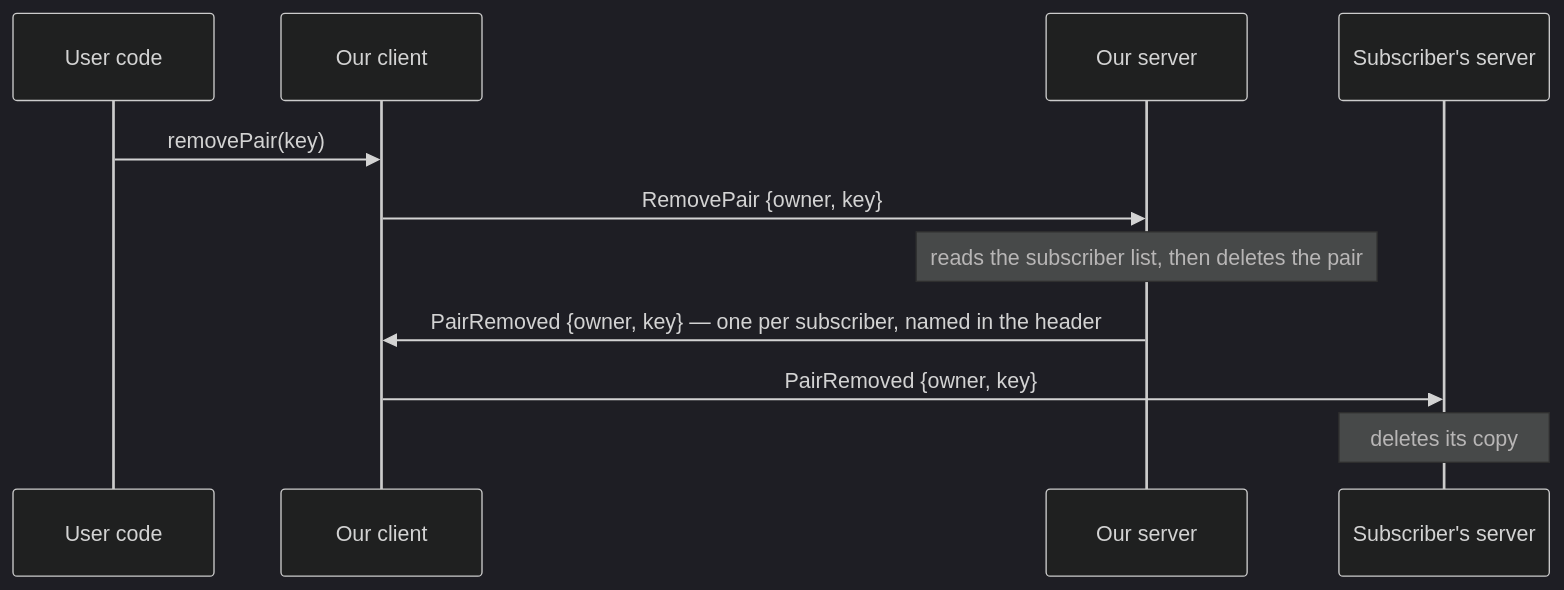
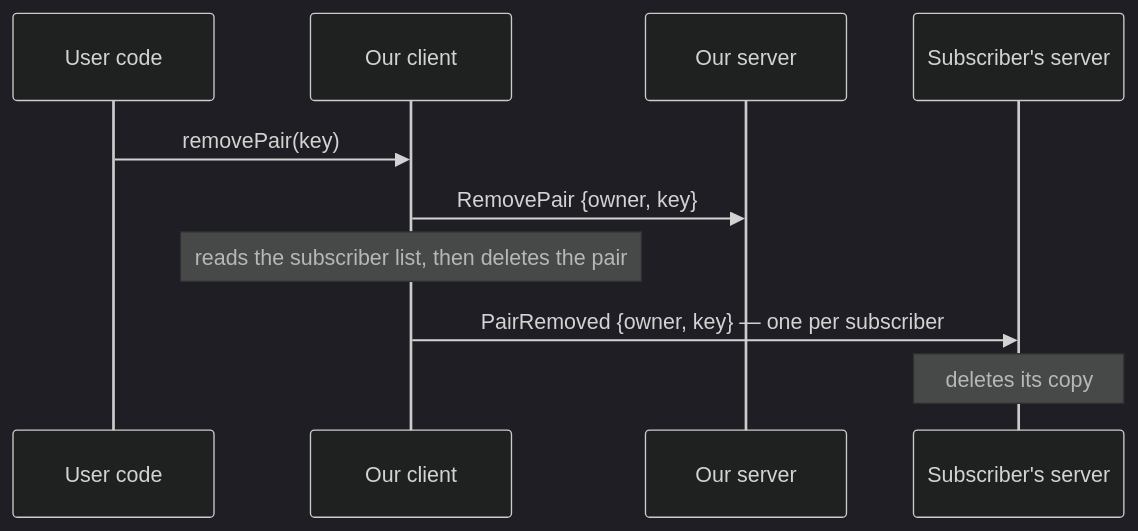
The fourth of 4 diagrams in docs/dev/protocol.md (ksatyaki/srnp), drawn with Mermaid (dark theme) before and after one commit. The commit also changed other lines of this file and 27 other files, not shown here.

````diff
--- a/docs/dev/protocol.md
+++ b/docs/dev/protocol.md
@@ -206,13 +195,12 @@
 ```mermaid
 sequenceDiagram
     participant U as User code
     participant C as Our client
     participant S as Our server
     participant P as Subscriber's server
     U->>C: removePair(key)
     C->>S: RemovePair {owner, key}
-    Note over S: reads the subscriber list, then deletes the pair
-    S->>C: PairRemoved {owner, key} — one per subscriber, named in the header
-    C->>P: PairRemoved {owner, key}
+    Note over C: reads the subscriber list, then deletes the pair
+    C->>P: PairRemoved {owner, key} — one per subscriber
     Note over P: deletes its copy
 ```
````
